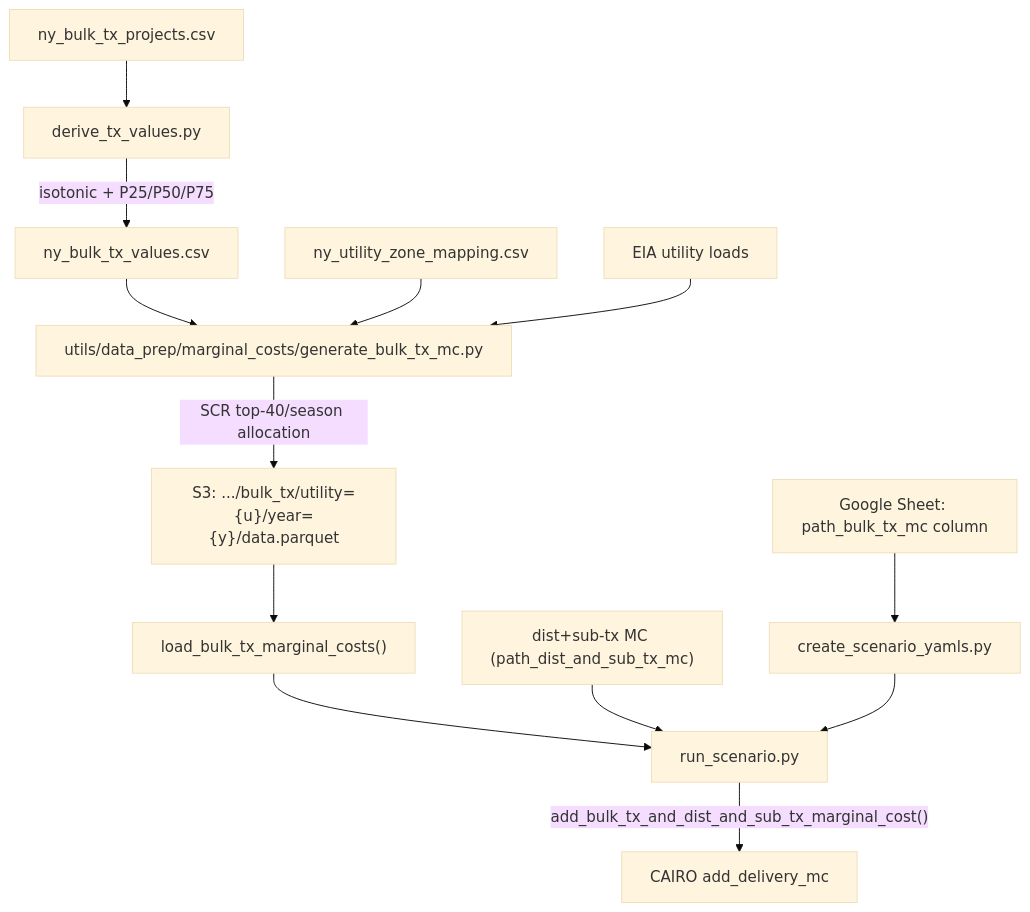
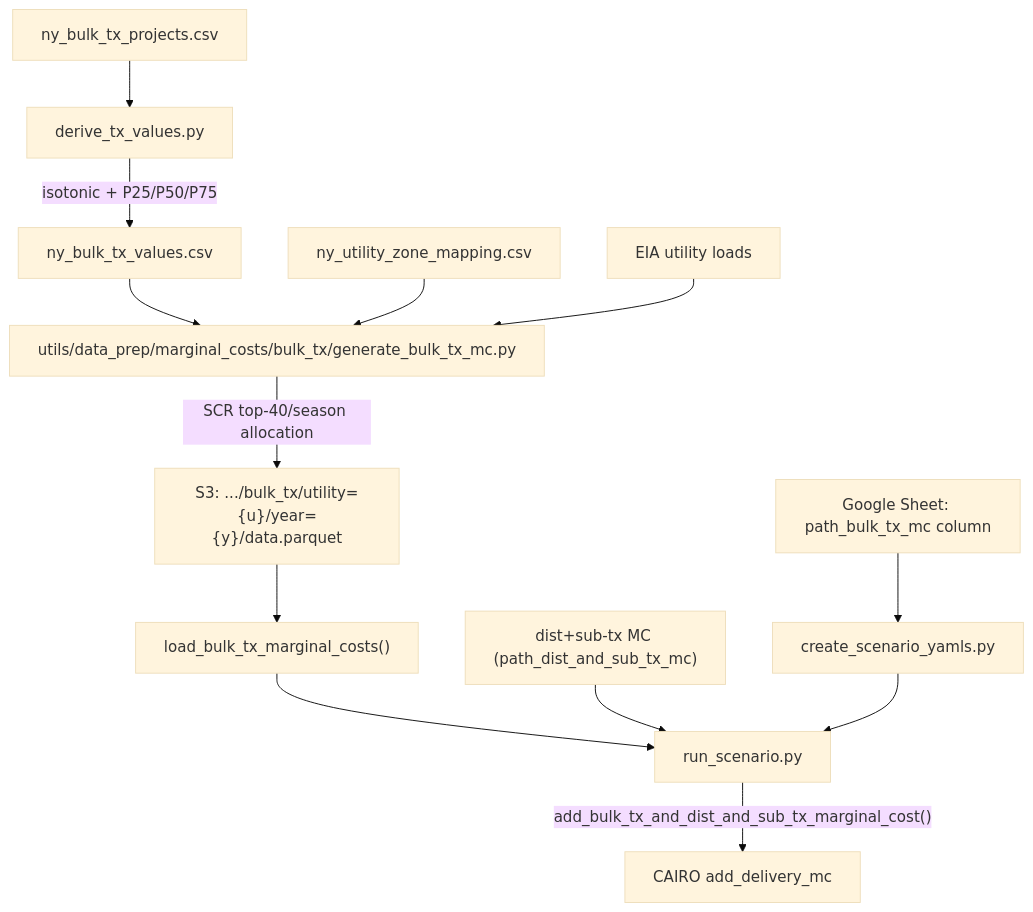
Before and after one commit to switchbox-data/rate-design-platform: the diagram in context/plans/bulk_tx_mc_integration_248a9348.plan.md, drawn with Mermaid (base theme). The commit also changed other lines of this file and 47 other files, not shown here.

````diff
--- a/context/plans/bulk_tx_mc_integration_248a9348.plan.md
+++ b/context/plans/bulk_tx_mc_integration_248a9348.plan.md
@@ -110,15 +110,15 @@
 ```mermaid
 flowchart TD
     RawCSV["ny_bulk_tx_projects.csv"] --> Derive["derive_tx_values.py"]
     Derive -->|"isotonic + P25/P50/P75"| VzTable["ny_bulk_tx_values.csv"]
-    VzTable --> GenModule["utils/data_prep/marginal_costs/generate_bulk_tx_mc.py"]
+    VzTable --> GenModule["utils/data_prep/marginal_costs/bulk_tx/generate_bulk_tx_mc.py"]
     ZoneMap["ny_utility_zone_mapping.csv"] --> GenModule
     UtilLoads["EIA utility loads"] --> GenModule
     GenModule -->|"SCR top-40/season allocation"| S3Tx["S3: .../bulk_tx/utility={u}/year={y}/data.parquet"]
     S3Tx --> LoadTxMC["load_bulk_tx_marginal_costs()"]
     LoadTxMC --> RunScenario["run_scenario.py"]
     DistMC["dist+sub-tx MC (path_dist_and_sub_tx_mc)"] --> RunScenario
     RunScenario -->|"add_bulk_tx_and_dist_and_sub_tx_marginal_cost()"| CAIRO["CAIRO add_delivery_mc"]
     Sheet["Google Sheet: path_bulk_tx_mc column"] --> ScenarioYAML["create_scenario_yamls.py"]
     ScenarioYAML --> RunScenario
 ```
````
